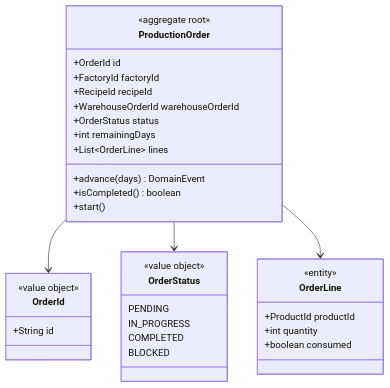
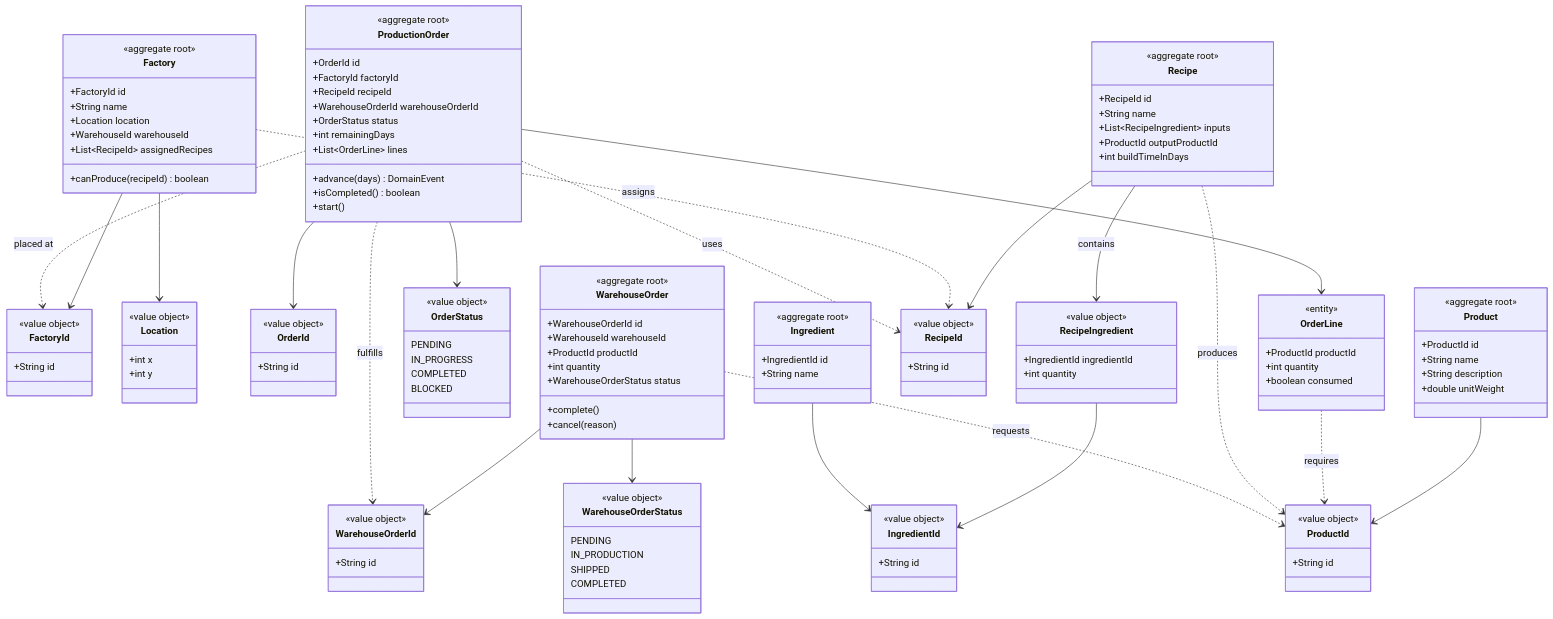
Before and after one commit to PauLopNun/workshop-suministros: the first of 2 diagrams in production/ddd.md, drawn with Mermaid.

Commit message:
docs: core domain changed

````diff
--- a/production/ddd.md
+++ b/production/ddd.md
@@ -35,5 +7,33 @@
 ```mermaid
 classDiagram
+    %% =======================
+    %% FACTORY AGGREGATE
+    %% =======================
+    class Factory {
+        <<aggregate root>>
+        +FactoryId id
+        +String name
+        +Location location
+        +WarehouseId warehouseId
+        +List~RecipeId~ assignedRecipes
+        +canProduce(recipeId) boolean
+    }
+    class FactoryId {
+        <<value object>>
+        +String id
+    }
+    class Location {
+        <<value object>>
+        +int x
+        +int y
+    }
+    
+    Factory --> FactoryId
+    Factory --> Location
+
+    %% =======================
+    %% PRODUCTION ORDER AGGREGATE
+    %% =======================
     class ProductionOrder {
         <<aggregate root>>
         +OrderId id
@@ -64,7 +64,99 @@
         COMPLETED
         BLOCKED
     }
+    
     ProductionOrder --> OrderId
     ProductionOrder --> OrderStatus
     ProductionOrder --> OrderLine
+
+    %% =======================
+    %% RECIPE & INGREDIENT AGGREGATES
+    %% =======================
+    class Recipe {
+        <<aggregate root>>
+        +RecipeId id
+        +String name
+        +List~RecipeIngredient~ inputs
+        +ProductId outputProductId
+        +int buildTimeInDays
+    }
+    class RecipeIngredient {
+        <<value object>>
+        +IngredientId ingredientId
+        +int quantity
+    }
+    class Ingredient {
+        <<aggregate root>>
+        +IngredientId id
+        +String name
+    }
+    class IngredientId {
+        <<value object>>
+        +String id
+    }
+    class RecipeId {
+        <<value object>>
+        +String id
+    }
+    
+    Recipe --> RecipeId
+    Recipe --> RecipeIngredient : contains
+    RecipeIngredient --> IngredientId
+    Ingredient --> IngredientId
+
+    %% =======================
+    %% WAREHOUSE ORDER AGGREGATE
+    %% =======================
+    class WarehouseOrder {
+        <<aggregate root>>
+        +WarehouseOrderId id
+        +WarehouseId warehouseId
+        +ProductId productId
+        +int quantity
+        +WarehouseOrderStatus status
+        +complete()
+        +cancel(reason)
+    }
+    class WarehouseOrderId {
+        <<value object>>
+        +String id
+    }
+    class WarehouseOrderStatus {
+        <<value object>>
+        PENDING
+        IN_PRODUCTION
+        SHIPPED
+        COMPLETED
+    }
+    
+    WarehouseOrder --> WarehouseOrderStatus
+    WarehouseOrder --> WarehouseOrderId
+
+    %% =======================
+    %% PRODUCT AGGREGATE
+    %% =======================
+    class Product {
+        <<aggregate root>>
+        +ProductId id
+        +String name
+        +String description
+        +double unitWeight
+    }
+    class ProductId {
+        <<value object>>
+        +String id
+    }
+    
+    Product --> ProductId
+
+    %% =======================
+    %% CROSS-AGGREGATE RELATIONSHIPS
+    %% =======================
+    Factory ..> RecipeId : assigns
+    ProductionOrder ..> FactoryId : placed at
+    ProductionOrder ..> RecipeId : uses
+    ProductionOrder ..> WarehouseOrderId : fulfills
+    OrderLine ..> ProductId : requires
+    Recipe ..> ProductId : produces
+    WarehouseOrder ..> ProductId : requests
 ```
````
